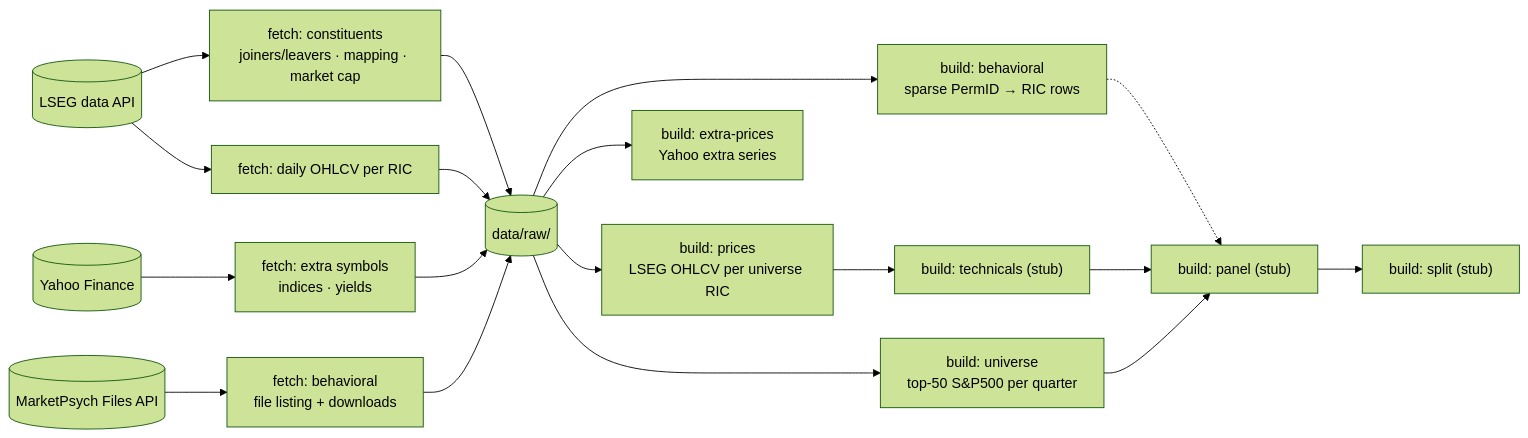
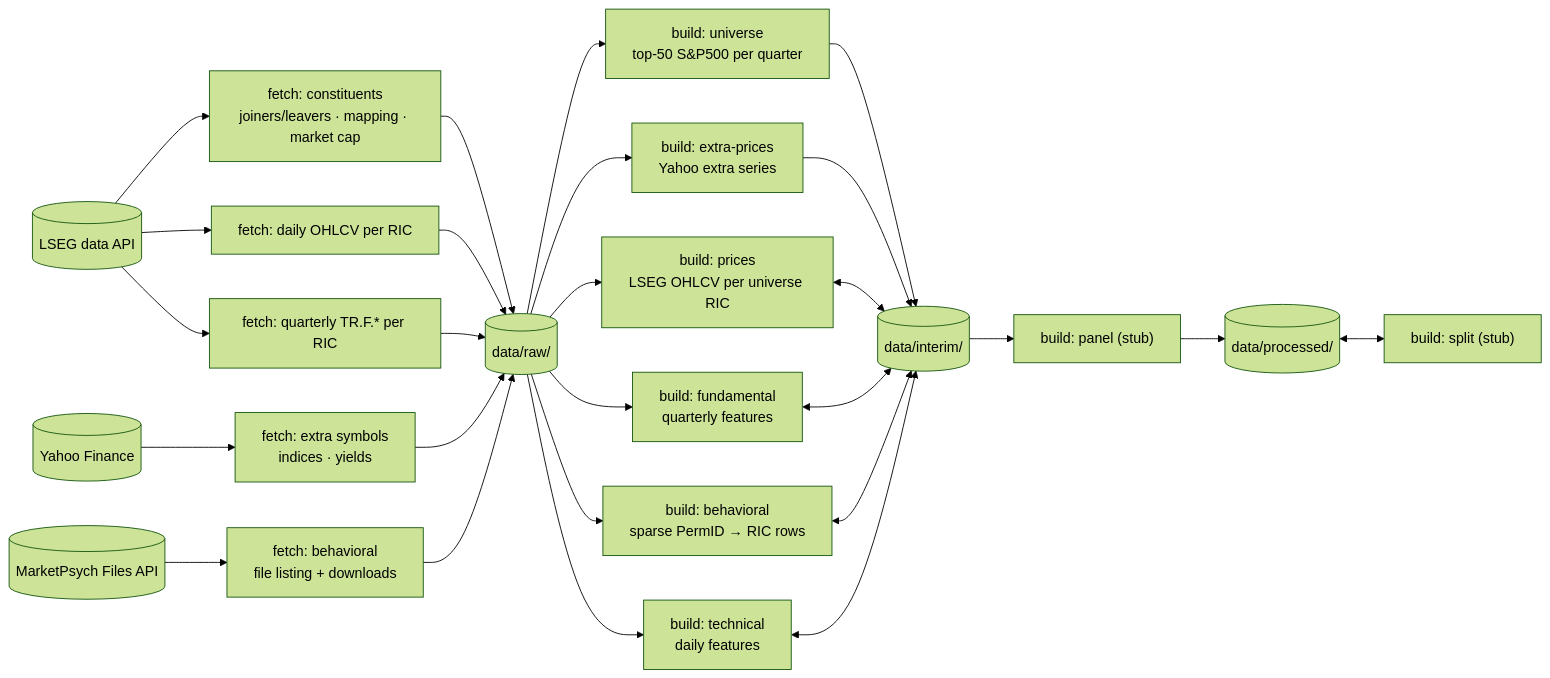
Before and after one commit to life00/factor-weaver: the diagram in docs/data.md, drawn with Mermaid (forest theme). The commit also changed other lines of this file and 5 other files, not shown here.

````diff
--- a/docs/data.md
+++ b/docs/data.md
@@ -25,20 +26,28 @@
 ```mermaid
 flowchart LR
   lseg[("LSEG data API")] --> fetch_ref["fetch: constituents<br/>joiners/leavers · mapping · market cap"]
   lseg --> fetch_px["fetch: daily OHLCV per RIC"]
+  lseg --> fetch_fund["fetch: quarterly TR.F.* per RIC"]
   yahoo[("Yahoo Finance")] --> fetch_yf["fetch: extra symbols<br/>indices · yields"]
   mpsych[("MarketPsych Files API")] --> fetch_mp["fetch: behavioral<br/>file listing + downloads"]
   fetch_ref --> raw[("data/raw/")]
   fetch_px --> raw
+  fetch_fund --> raw
   fetch_yf --> raw
   fetch_mp --> raw
   raw --> univ["build: universe<br/>top-50 S&P500 per quarter"]
   raw --> bprices["build: prices<br/>LSEG OHLCV per universe RIC"]
   raw --> bextra["build: extra-prices<br/>Yahoo extra series"]
+  raw --> bfund["build: fundamental<br/>quarterly features"]
   raw --> bbeh["build: behavioral<br/>sparse PermID → RIC rows"]
-  bprices --> tech["build: technicals (stub)"]
-  bbeh -.-> panel
-  tech --> panel["build: panel (stub)"]
-  univ --> panel
-  panel --> split["build: split (stub)"]
+  raw --> tech["build: technical<br/>daily features"]
+  univ --> interim[("data/interim/")]
+  bextra --> interim
+  bprices <--> interim
+  bfund <--> interim
+  bbeh <--> interim
+  tech <--> interim
+  interim --> panel["build: panel (stub)"]
+  panel --> processed[("data/processed/")]
+  processed <--> split["build: split (stub)"]
 ```
````
